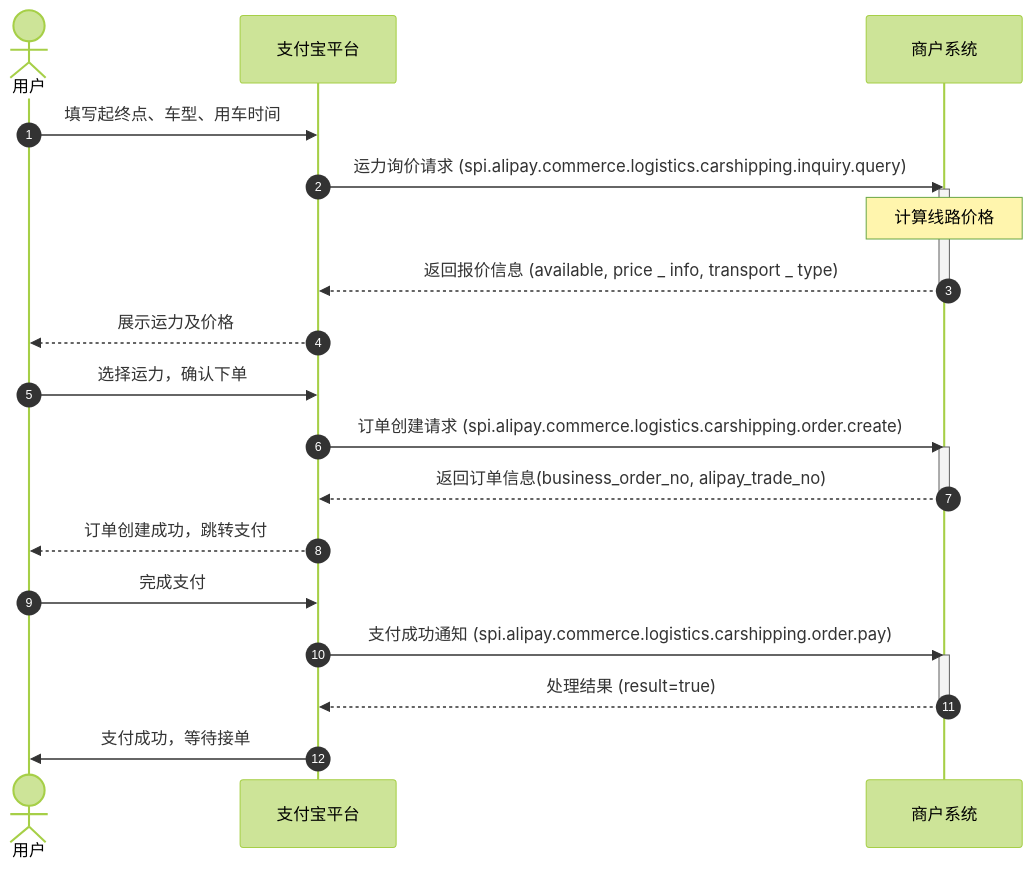
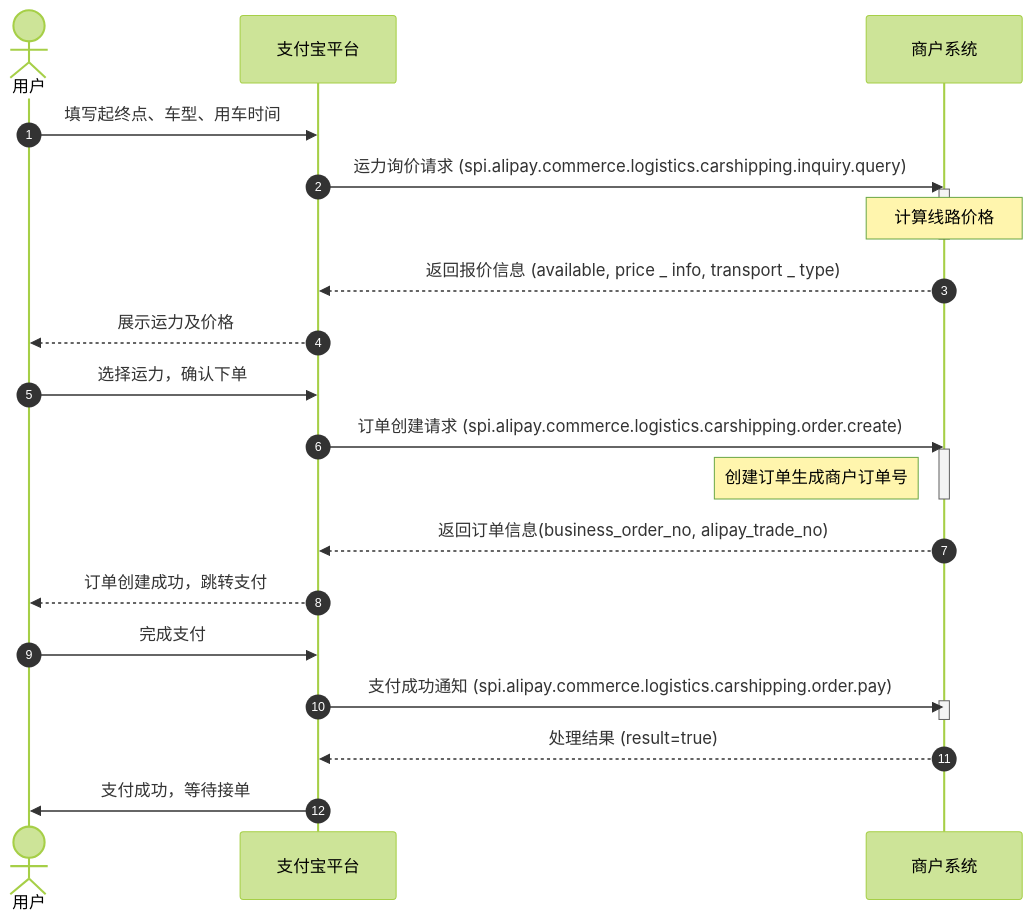
One commit to pingpm/mermaid_vault changed the diagram in notes/test_dba1b258-be6a-414c-9967-aedbcccfa44f.md. Above: the diagram before and after it, drawn with Mermaid (forest theme). The commit also changed 2 other files, not shown here.

Commit message:
Sync Mermaid Studio data (8 diagrams)

````diff
--- a/notes/test_dba1b258-be6a-414c-9967-aedbcccfa44f.md
+++ b/notes/test_dba1b258-be6a-414c-9967-aedbcccfa44f.md
@@ -3,27 +3,28 @@
 ```mermaid
 sequenceDiagram
   autonumber
   actor p0 as 用户
   participant p1 as 支付宝平台
   participant p2 as 商户系统
   p0->>p1: 填写起终点、⻋型、⽤⻋时间
   p1->>p2: 运⼒询价请求 (spi.alipay.commerce.logistics.carshipping.inquiry.query)
   activate p2
   Note over p2: 计算线路价格
+  deactivate p2
   p2-->>p1: 返回报价信息 (available, price _ info, transport _ type)
-  deactivate p2
   p1-->>p0: 展示运⼒及价格
   p0->>p1: 选择运⼒，确认下单
   p1->>p2: 订单创建请求 (spi.alipay.commerce.logistics.carshipping.order.create)
   activate p2
+  Note left of p2: 创建订单⽣成商户订单号
+  deactivate p2
   p2-->>p1: 返回订单信息(business_order_no, alipay_trade_no)
-  deactivate p2
   p1-->>p0: 订单创建成功，跳转⽀付
   p0->>p1: 完成⽀付
   p1->>p2: ⽀付成功通知 (spi.alipay.commerce.logistics.carshipping.order.pay)
   activate p2
+  deactivate p2
   p2-->>p1: 处理结果 (result=true)
-  deactivate p2
   p1->>p0: ⽀付成功，等待接单
 
 ```
````
